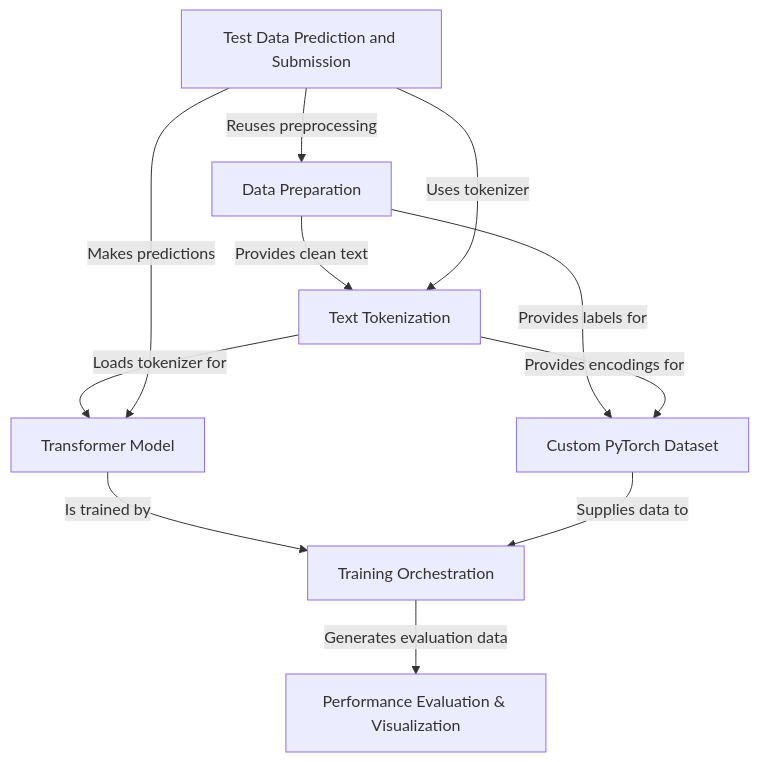
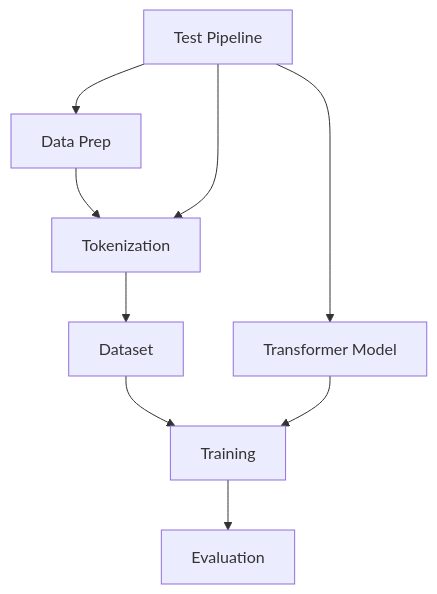
Before and after one commit to itz-me-pandian/Abusive-Tamil-Text-Detection-Targeting-Women-on-Social-Media-DravidianLangTech-2026: the diagram in README.md, drawn with Mermaid. The commit also changed other lines of this file, not shown here.

````diff
--- a/README.md
+++ b/README.md
@@ -8,20 +8,11 @@
 ```mermaid
-flowchart TD
-    A0["Data Preparation"]
-    A1["Text Tokenization"]
-    A2["Transformer Model"]
-    A3["Custom PyTorch Dataset"]
-    A4["Training Orchestration"]
-    A5["Performance Evaluation & Visualization"]
-    A6["Test Data Prediction and Submission"]
-    A0 -- "Provides clean text" --> A1
-    A0 -- "Provides labels for" --> A3
-    A1 -- "Loads tokenizer for" --> A2
-    A1 -- "Provides encodings for" --> A3
-    A2 -- "Is trained by" --> A4
-    A3 -- "Supplies data to" --> A4
-    A4 -- "Generates evaluation data" --> A5
-    A6 -- "Reuses preprocessing" --> A0
-    A6 -- "Uses tokenizer" --> A1
-    A6 -- "Makes predictions" --> A2
+flowchart TB
+
+    A0["Data Prep"] --> A1["Tokenization"] --> A3["Dataset"]
+    A3 --> A4["Training"] --> A5["Evaluation"]
+    A2["Transformer Model"] --> A4
+
+    A6["Test Pipeline"] --> A0
+    A6 --> A1
+    A6 --> A2
 ```
````
